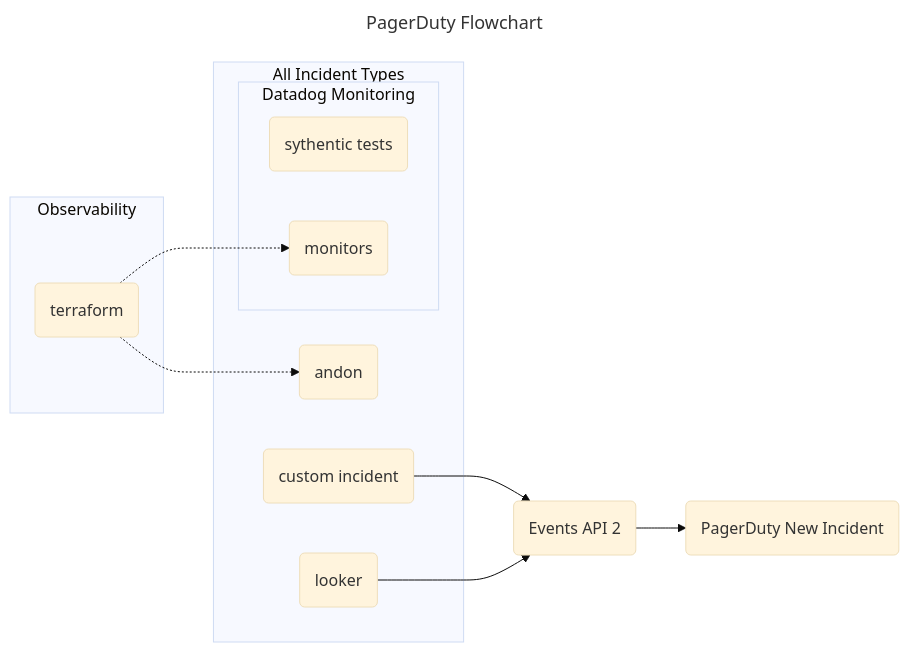
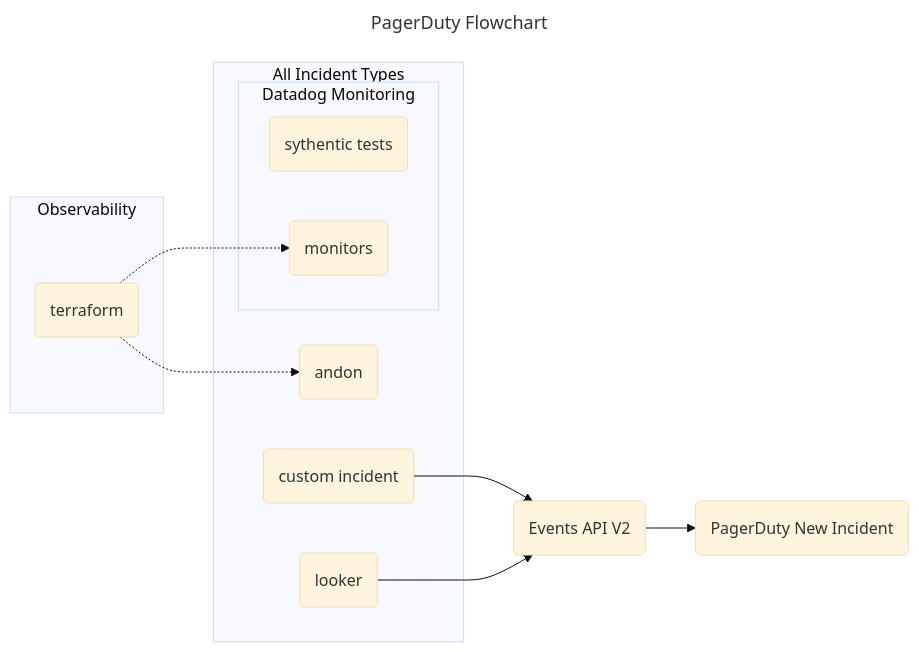
The diagram in diagrams/diagram2.mmd (jessicahirsch/Mermaid-Diagrams), drawn with Mermaid (base theme) before and after one commit.

Commit message:
fix: Events API V2 instead of 2

```diff
--- a/diagrams/diagram2.mmd
+++ b/diagrams/diagram2.mmd
@@ -1,27 +1,27 @@
 ---
 title: PagerDuty Flowchart
 ---
 flowchart LR
 
 subgraph Observability
     A(terraform)
 end
 
 subgraph All Incident Types
     subgraph Datadog Monitoring
         B(sythentic tests)
         A(terraform)-.->C(monitors)
     end
     D(andon)
     A(terraform)-.->D(andon)
     E(custom incident)
     F(looker)
 end
 
-E(custom incident)-->G(Events API 2)
+E(custom incident)-->G(Events API V2)
 F(looker)-->G(Events API 2)
 
-G(Events API 2)-->H(PagerDuty New Incident)
+G(Events API V2)-->H(PagerDuty New Incident)
 
 %% style A fill:#f9f,stroke:#333,stroke-width:4px
 %% style Observability font-weight:bold
```
